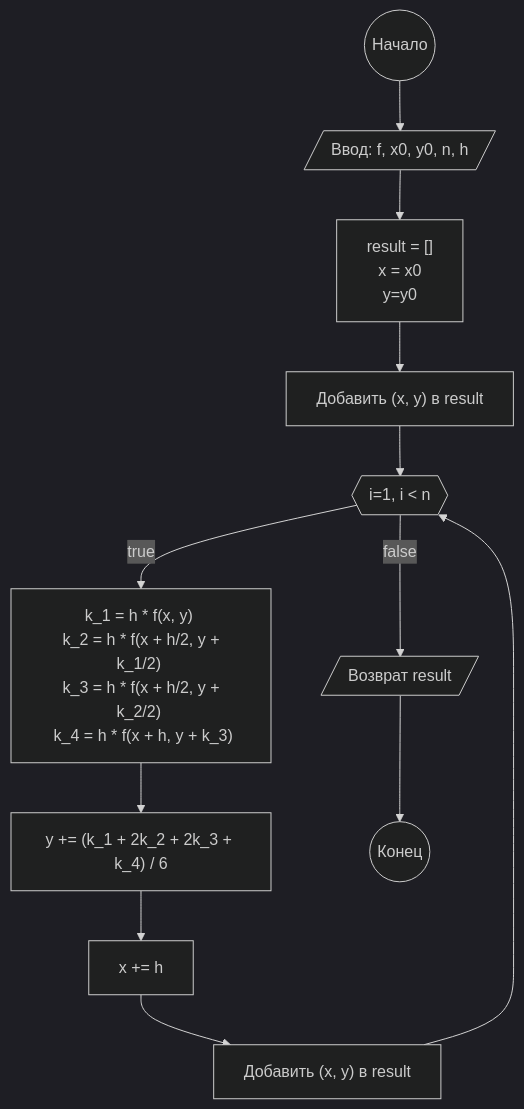
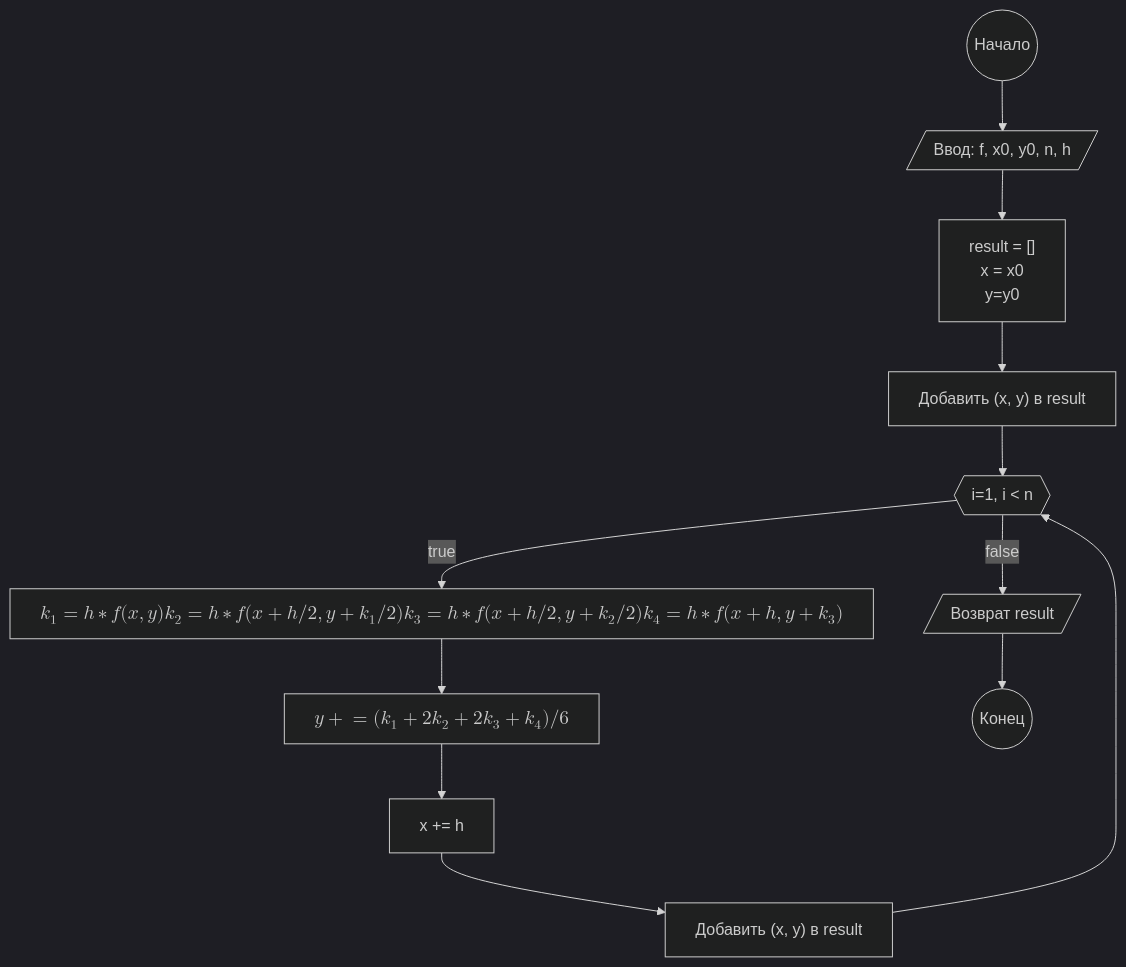
Before and after one commit to arekalov/CompMat-lab6: the diagram in docs/schemes/runge_kutta4_method.mmd, drawn with Mermaid (dark theme). The commit also changed 3 other files, not shown here.

```diff
--- a/docs/schemes/runge_kutta4_method.mmd
+++ b/docs/schemes/runge_kutta4_method.mmd
@@ -1,16 +1,16 @@
 graph TD
     A(("Начало"))
     B[/"Ввод: f, x0, y0, n, h"/]
     C["result = []\n x = x0\n y=y0"]
     D["Добавить (x, y) в result"]
     E{{"i=1, i < n"}}
-    F["k_1 = h * f(x, y) \n k_2 = h * f(x + h/2, y + k_1/2) \n k_3 = h * f(x + h/2, y + k_2/2) \n k_4 = h * f(x + h, y + k_3) "]
-    G["y += (k_1 + 2k_2 + 2k_3 + k_4) / 6"]
+    F["$$k_1 = h * f(x, y)  k_2 = h * f(x + h/2, y + k_1/2)  k_3 = h * f(x + h/2, y + k_2/2)  k_4 = h * f(x + h, y + k_3)$$"]
+    G["$$y += (k_1 + 2k_2 + 2k_3 + k_4) / 6$$"]
     H["x += h"]
     I["Добавить (x, y) в result"]
     J[/"Возврат result"/]
     K(("Конец"))
 
     A --> B --> C --> D --> E
     E -- true --> F --> G --> H --> I --> E
     E -- false --> J --> K
```
